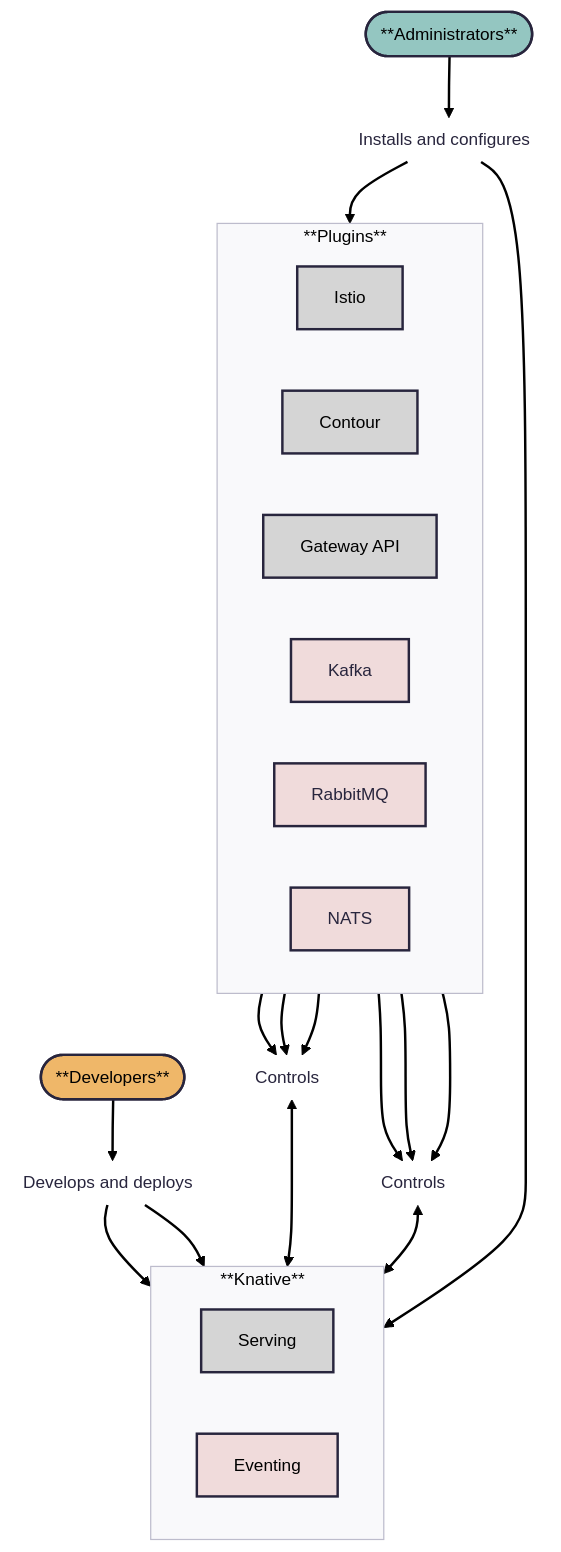
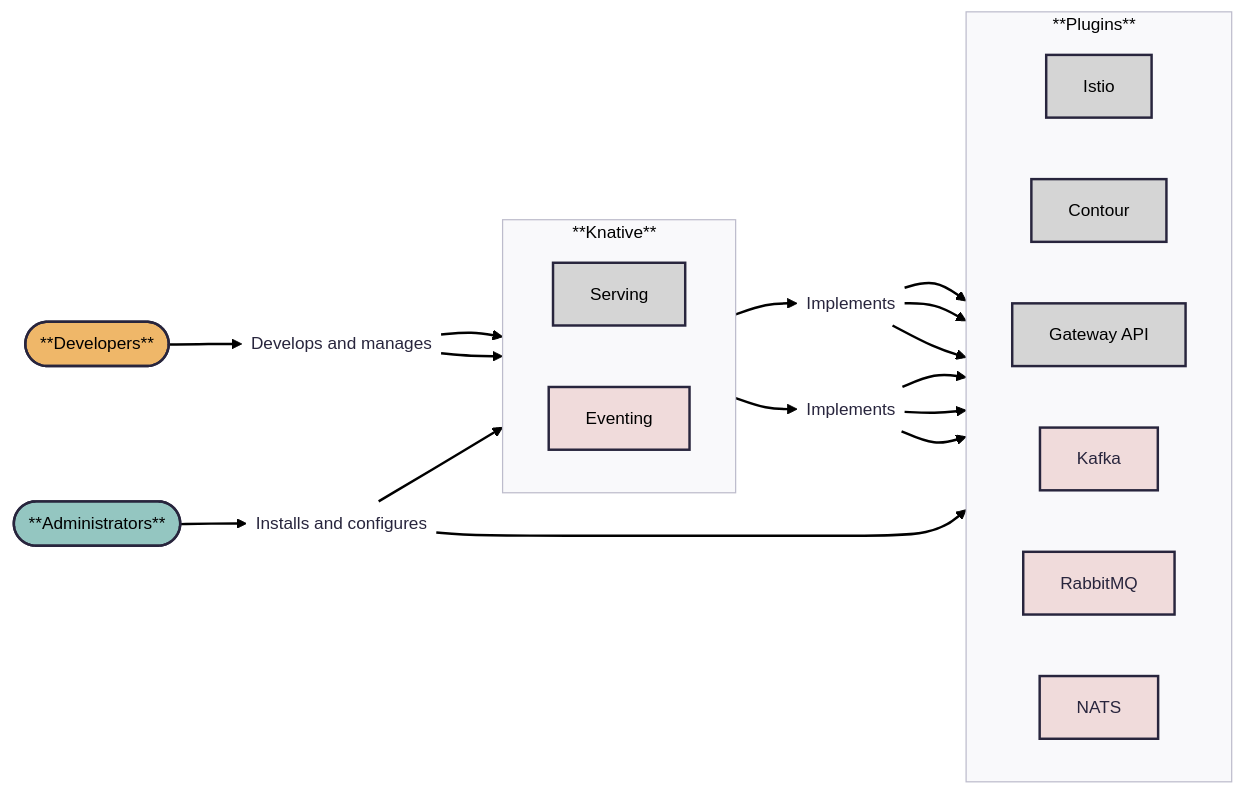
The diagram in docs/versioned/admin/admin-overview.md (knative/docs), drawn with Mermaid before and after one commit.

Commit message:
Update admin-overview.md
mermaid  testing

````diff
--- a/docs/versioned/admin/admin-overview.md
+++ b/docs/versioned/admin/admin-overview.md
@@ -14,54 +14,52 @@
 ```mermaid
 ---
 config:
   theme: redux
   layout: dagre
   look: classic
 ---
-flowchart TB
+flowchart LR
  subgraph Knative["**Knative**&nbsp;&nbsp;"]
     direction LR
         Serving["Serving"]
         Eventing["Eventing"]
   end
  subgraph Plugins["**Plugins**&nbsp;&nbsp;"]
     direction LR
-        srv-istio["Istio"]
-        srv-contour["Contour"]
-        srv-gateway-api["Gateway API"]
-        evn-kafka["Kafka"]
-        evn-rabbitmq["RabbitMQ"]
-        evn-nats["NATS"]
+        net-istio["Istio"]
+        net-contour["Contour"]
+        net-gateway-api["Gateway API"]
+        event-kafka["Kafka"]
+        event-rabbitmq["RabbitMQ"]
+        event-nats["NATS"]
   end
-    Dev(["**Developers**"]) --> dev-acts["Develops and deploys&nbsp;&nbsp;"]
+    Dev(["**Developers**"]) --> dev-acts["Develops and manages"]
     dev-acts --> Serving & Eventing
-    Admin(["**Administrators**"]) --> admin-acts["Installs and configures&nbsp;&nbsp;"]
+    Admin(["**Administrators**"]) --> admin-acts["Installs and configures"]
     admin-acts --> Knative & Plugins
-    evn-kafka ---> evn-acts["Controls&nbsp;&nbsp;"]
-    evn-rabbitmq ---> evn-acts
-    evn-nats ---> evn-acts
-    srv-istio --> srv-acts["Controls&nbsp;&nbsp;"]
-    srv-contour --> srv-acts
-    srv-gateway-api --> srv-acts
-    srv-acts <--> Serving
-    evn-acts <--> Eventing
+    Serving --> net-impl["Implements"]
+    net-impl --> net-istio & net-contour & net-gateway-api
+    Eventing --> event-impl["Implements"]
+    event-impl --> event-kafka & event-rabbitmq & event-nats
     dev-acts@{ shape: text}
     admin-acts@{ shape: text}
-    evn-acts@{ shape: text}
-    srv-acts@{ shape: text}
+    net-impl@{ shape: text}
+    event-impl@{ shape: text}
     style Serving fill:#D5D5D5,color:#000000
     style Eventing fill:#F0DBDB,color:#000000
-    style srv-istio fill:#D5D5D5,color:#000000
-    style srv-contour fill:#D5D5D5,color:#000000
-    style srv-gateway-api fill:#D5D5D5,color:#000000
-    style evn-kafka fill:#F0DBDB
-    style evn-rabbitmq fill:#F0DBDB
-    style evn-nats fill:#F0DBDB
+    style net-istio fill:#D5D5D5,color:#000000
+    style net-contour fill:#D5D5D5,color:#000000
+    style net-gateway-api fill:#D5D5D5,color:#000000
+    style event-kafka fill:#F0DBDB
+    style event-rabbitmq fill:#F0DBDB
+    style event-nats fill:#F0DBDB
     style Dev fill:#EFB769,color:#000000
     style dev-acts fill:transparent
     style Admin fill:#94C6C1,color:#000000
     style admin-acts fill:transparent
-    style evn-acts fill:transparent
-    style srv-acts fill:transparent
+    style Knative text-align: left
+    style Plugins text-align: left
+    style net-impl fill:transparent
+    style event-impl fill:transparent
 
 ```
````
